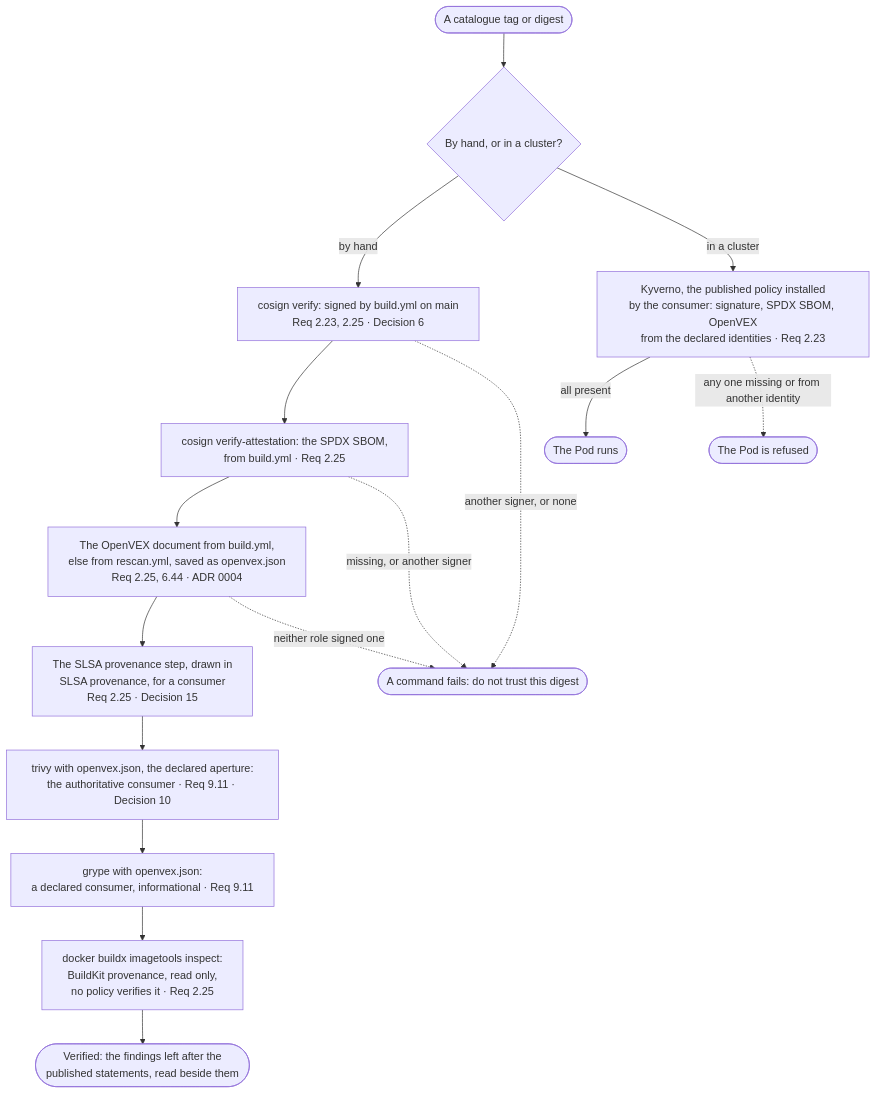
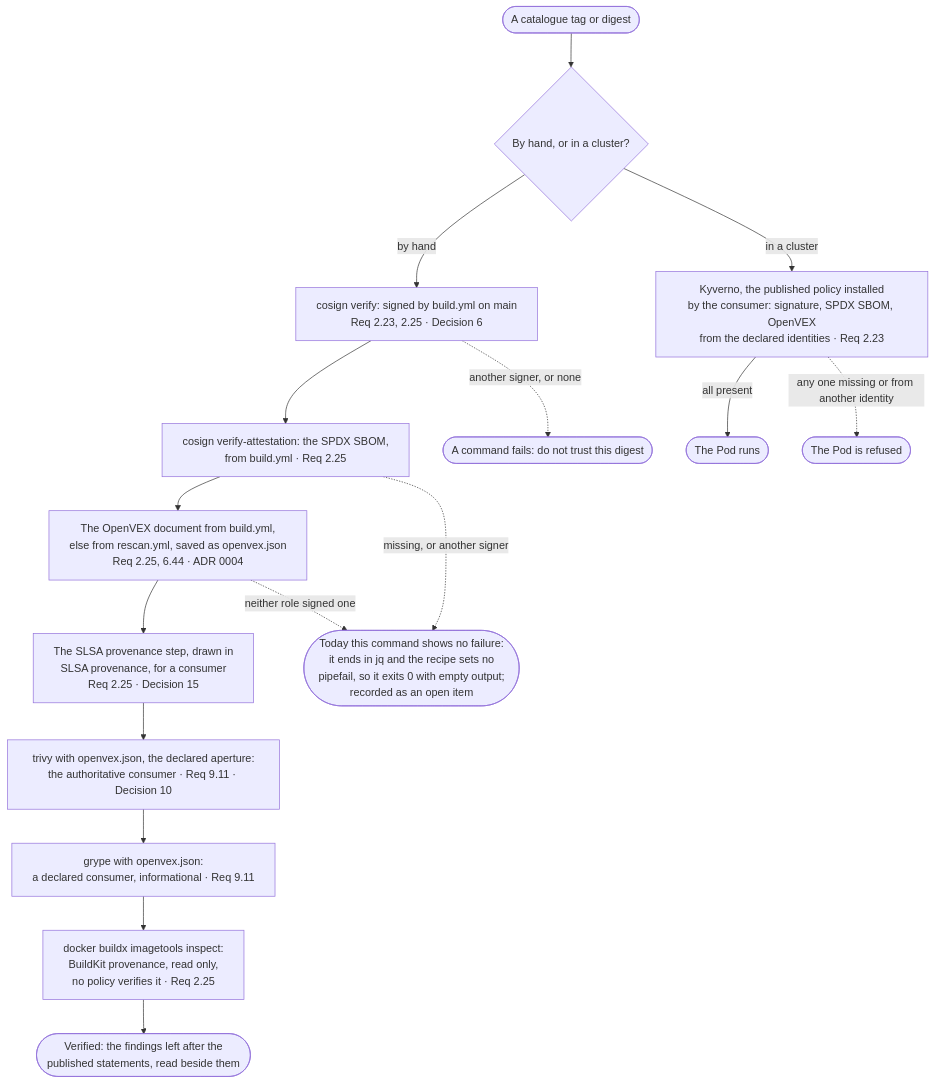
Diagram 29 of 31 in docs/lanes.md (mm-weber/dhc-pipeline), drawn with Mermaid before and after one commit. The commit also changed other lines of this file, not shown here.

````diff
--- a/docs/lanes.md
+++ b/docs/lanes.md
@@ -1044,25 +1076,26 @@
 ```mermaid
 %%{init: {"flowchart": {"wrappingWidth": 340}}}%%
 flowchart TB
     REF(["A catalogue tag or digest"])
     HOW{"By hand, or in a cluster?"}
     SIG["cosign verify: signed by build.yml on main<br/>Req 2.23, 2.25 · Decision 6"]
     SBOM["cosign verify-attestation: the SPDX SBOM,<br/>from build.yml · Req 2.25"]
     VEX["The OpenVEX document from build.yml,<br/>else from rescan.yml, saved as openvex.json<br/>Req 2.25, 6.44 · ADR 0004"]
     PROV["The SLSA provenance step, drawn in<br/>SLSA provenance, for a consumer<br/>Req 2.25 · Decision 15"]
     TRV["trivy with openvex.json, the declared aperture:<br/>the authoritative consumer · Req 9.11 · Decision 10"]
     GRY["grype with openvex.json:<br/>a declared consumer, informational · Req 9.11"]
     BK["docker buildx imagetools inspect:<br/>BuildKit provenance, read only,<br/>no policy verifies it · Req 2.25"]
     DONE(["Verified: the findings left after the<br/>published statements, read beside them"])
     KYV["Kyverno, the published policy installed<br/>by the consumer: signature, SPDX SBOM, OpenVEX<br/>from the declared identities · Req 2.23"]
     RUN(["The Pod runs"])
     STOP(["A command fails: do not trust this digest"])
+    QUIET(["Today this command shows no failure:<br/>it ends in jq and the recipe sets no<br/>pipefail, so it exits 0 with empty output;<br/>recorded as an open item"])
     DENY(["The Pod is refused"])
     REF --> HOW
     HOW -->|by hand| SIG --> SBOM --> VEX --> PROV --> TRV --> GRY --> BK --> DONE
     HOW -->|in a cluster| KYV -->|all present| RUN
     SIG -.->|another signer, or none| STOP
-    SBOM -.->|missing, or another signer| STOP
-    VEX -.->|neither role signed one| STOP
+    SBOM -.->|missing, or another signer| QUIET
+    VEX -.->|neither role signed one| QUIET
     KYV -.->|any one missing or from another identity| DENY
 ```
````
